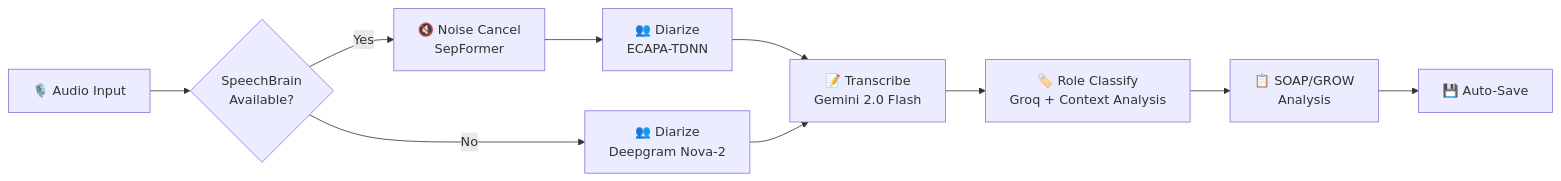
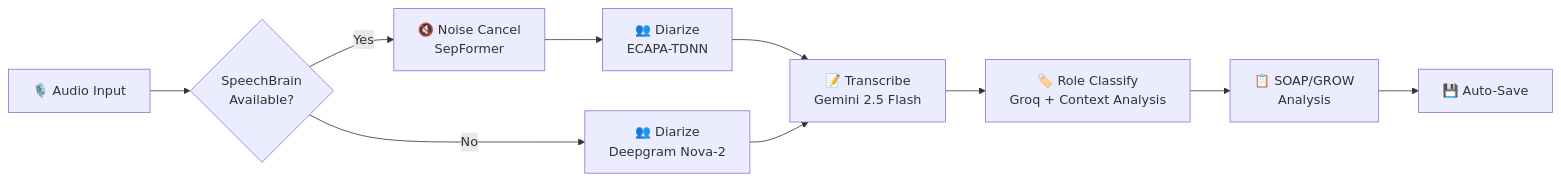
Before and after one commit to Aravind-Krishnan-S/ECHOSCRIBE: the second of 4 diagrams in README.md, drawn with Mermaid. The commit also changed other lines of this file and 11 other files, not shown here.

````diff
--- a/README.md
+++ b/README.md
@@ -153,12 +153,12 @@
 ```mermaid
 flowchart LR
     A["🎙️ Audio Input"] --> B{"SpeechBrain<br/>Available?"}
     B -->|Yes| C["🔇 Noise Cancel<br/>SepFormer"]
     C --> D["👥 Diarize<br/>ECAPA-TDNN"]
     B -->|No| E["👥 Diarize<br/>Deepgram Nova-2"]
-    D --> F["📝 Transcribe<br/>Gemini 2.0 Flash"]
+    D --> F["📝 Transcribe<br/>Gemini 2.5 Flash"]
     E --> F
     F --> G["🏷️ Role Classify<br/>Groq + Context Analysis"]
     G --> H["📋 SOAP/GROW<br/>Analysis"]
     H --> I["💾 Auto-Save"]
 ```
````
